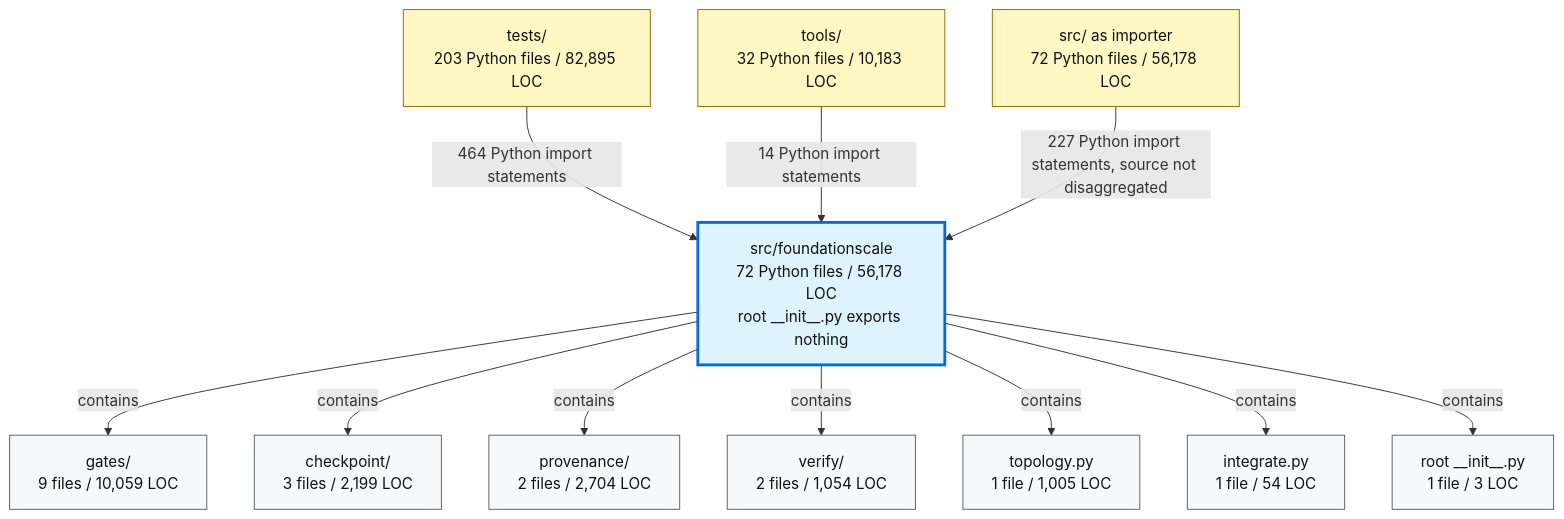
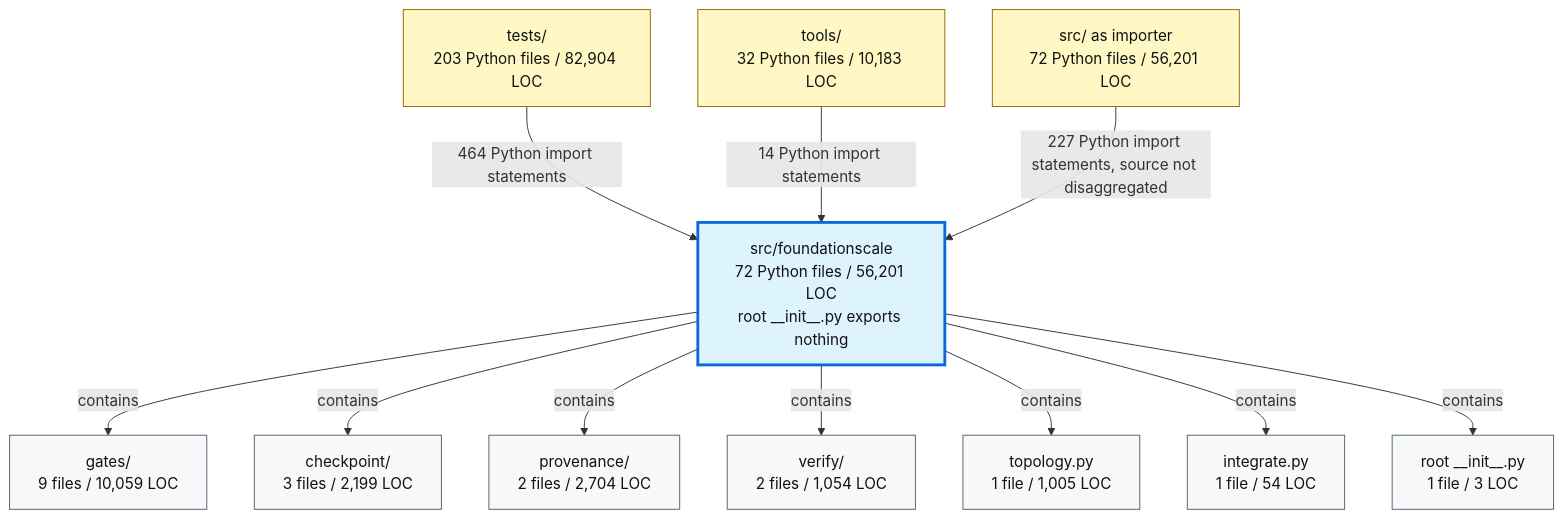
Before and after one commit to TranNhiem/FoundationScale: the second of 2 diagrams in docs/review/D2_current_architecture.md, drawn with Mermaid. The commit also changed other lines of this file and 12 other files, not shown here.

````diff
--- a/docs/review/D2_current_architecture.md
+++ b/docs/review/D2_current_architecture.md
@@ -97,36 +97,36 @@
 ```mermaid
 flowchart TB
-  TESTS["tests/<br/>203 Python files / 82,895 LOC"]
+  TESTS["tests/<br/>203 Python files / 82,904 LOC"]
   TOOLS["tools/<br/>32 Python files / 10,183 LOC"]
-  SRC["src/ as importer<br/>72 Python files / 56,178 LOC"]
+  SRC["src/ as importer<br/>72 Python files / 56,201 LOC"]
 
-  FS["src/foundationscale<br/>72 Python files / 56,178 LOC<br/>root __init__.py exports nothing"]
+  FS["src/foundationscale<br/>72 Python files / 56,201 LOC<br/>root __init__.py exports nothing"]
 
   GATES["gates/<br/>9 files / 10,059 LOC"]
   CKPT["checkpoint/<br/>3 files / 2,199 LOC"]
   PROV["provenance/<br/>2 files / 2,704 LOC"]
   VERIFY["verify/<br/>2 files / 1,054 LOC"]
   TOPO["topology.py<br/>1 file / 1,005 LOC"]
   INTEG["integrate.py<br/>1 file / 54 LOC"]
   ROOT["root __init__.py<br/>1 file / 3 LOC"]
 
   TESTS -->|"464 Python import statements"| FS
   TOOLS -->|"14 Python import statements"| FS
   SRC -->|"227 Python import statements, source not disaggregated"| FS
 
   FS -->|"contains"| GATES
   FS -->|"contains"| CKPT
   FS -->|"contains"| PROV
   FS -->|"contains"| VERIFY
   FS -->|"contains"| TOPO
   FS -->|"contains"| INTEG
   FS -->|"contains"| ROOT
 
   classDef consumer fill:#fff8c5,stroke:#9a6700,color:#111;
   classDef package fill:#ddf4ff,stroke:#0969da,stroke-width:3px,color:#111;
   classDef module fill:#f6f8fa,stroke:#57606a,color:#111;
 
   class TESTS,TOOLS,SRC consumer;
   class FS package;
   class GATES,CKPT,PROV,VERIFY,TOPO,INTEG,ROOT module;
 ```
````
